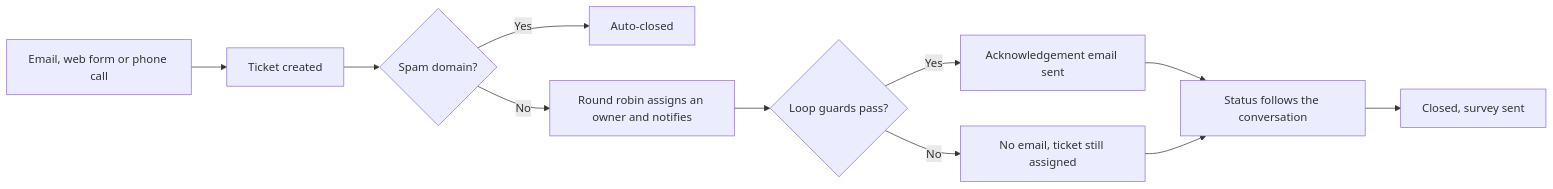
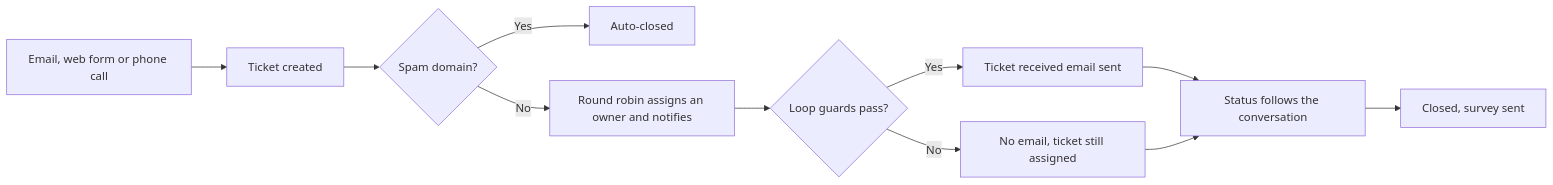
The first of 2 diagrams in 06-service-hub-and-support-agents/docs/service_hub_workflows.md (rbanola1/RevOps-Portfolio), drawn with Mermaid before and after one commit. The commit also changed other lines of this file and 17 other files, not shown here.

Commit message:
Rebuild from the real decks and wiki: service desk workflows and guardrails, deal entry and order flow, quote process, eight-stage distributor onboarding, password manager rollout

````diff
--- a/06-service-hub-and-support-agents/docs/service_hub_workflows.md
+++ b/06-service-hub-and-support-agents/docs/service_hub_workflows.md
@@ -19,13 +22,13 @@
 ```mermaid
 flowchart LR
     A["Email, web form or phone call"] --> B["Ticket created"]
     B --> C{"Spam domain?"}
     C -->|"Yes"| X["Auto-closed"]
     C -->|"No"| D["Round robin assigns an owner and notifies"]
     D --> E{"Loop guards pass?"}
-    E -->|"Yes"| F["Acknowledgement email sent"]
+    E -->|"Yes"| F["Ticket received email sent"]
     E -->|"No"| G["No email, ticket still assigned"]
     F --> H["Status follows the conversation"]
     G --> H
     H --> I["Closed, survey sent"]
 ```
````
